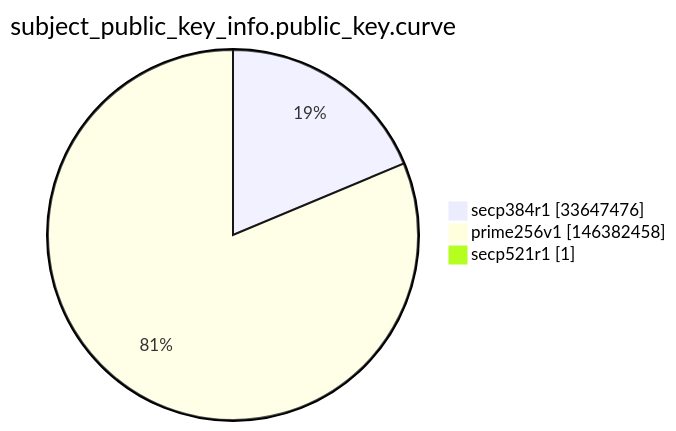
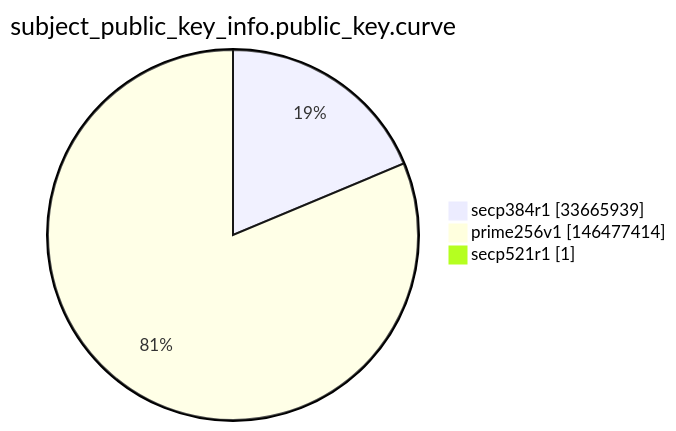
One commit to christiankrug/ctmonitor_visualization changed the ninth of 15 diagrams in argon2022/README.md. Above: the diagram before and after it, drawn with Mermaid. The commit also changed other lines of this file, not shown here.

````diff
--- a/argon2022/README.md
+++ b/argon2022/README.md
@@ -2764,7 +2764,7 @@
 ```mermaid
 pie showData
 title subject_public_key_info.public_key.curve
-"secp384r1" :33647476
-"prime256v1" :146382458
+"secp384r1" :33665939
+"prime256v1" :146477414
 "secp521r1" :1
 ```
````
